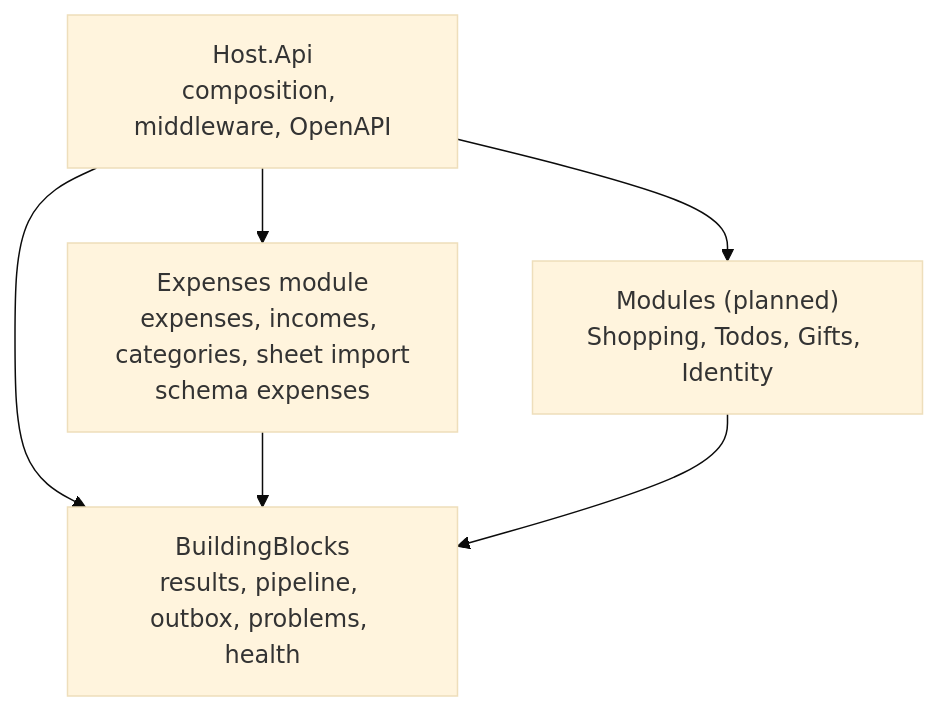
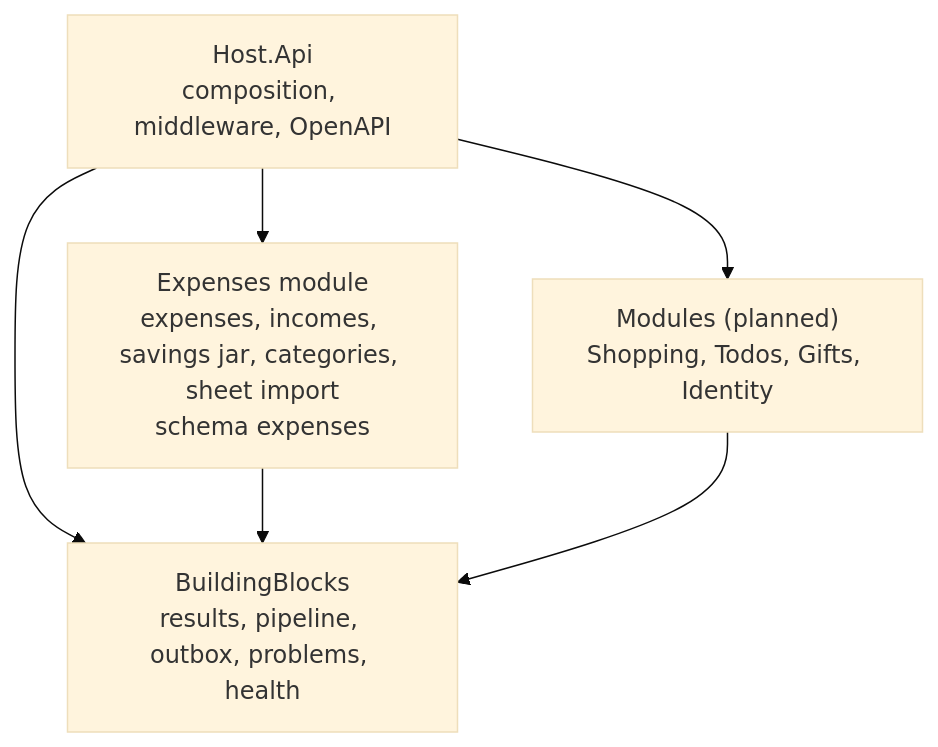
The third of 3 diagrams in api/docs/architecture/c4.md (Weretik/home-app), drawn with Mermaid (base theme) before and after one commit. The commit also changed other lines of this file and 160 other files, not shown here.

First line of the commit message:
Expenses: add, edit and delete entries; savings jar

````diff
--- a/api/docs/architecture/c4.md
+++ b/api/docs/architecture/c4.md
@@ -42,13 +42,13 @@
 ```mermaid
 flowchart TB
     host["Host.Api<br/>composition, middleware, OpenAPI"]
     blocks["BuildingBlocks<br/>results, pipeline, outbox, problems, health"]
-    expenses["Expenses module<br/>expenses, incomes, categories, sheet import<br/>schema expenses"]
+    expenses["Expenses module<br/>expenses, incomes, savings jar, categories, sheet import<br/>schema expenses"]
     planned["Modules (planned)<br/>Shopping, Todos, Gifts, Identity"]
 
     host --> blocks
     host --> expenses
     host --> planned
     expenses --> blocks
     planned --> blocks
 ```
````
